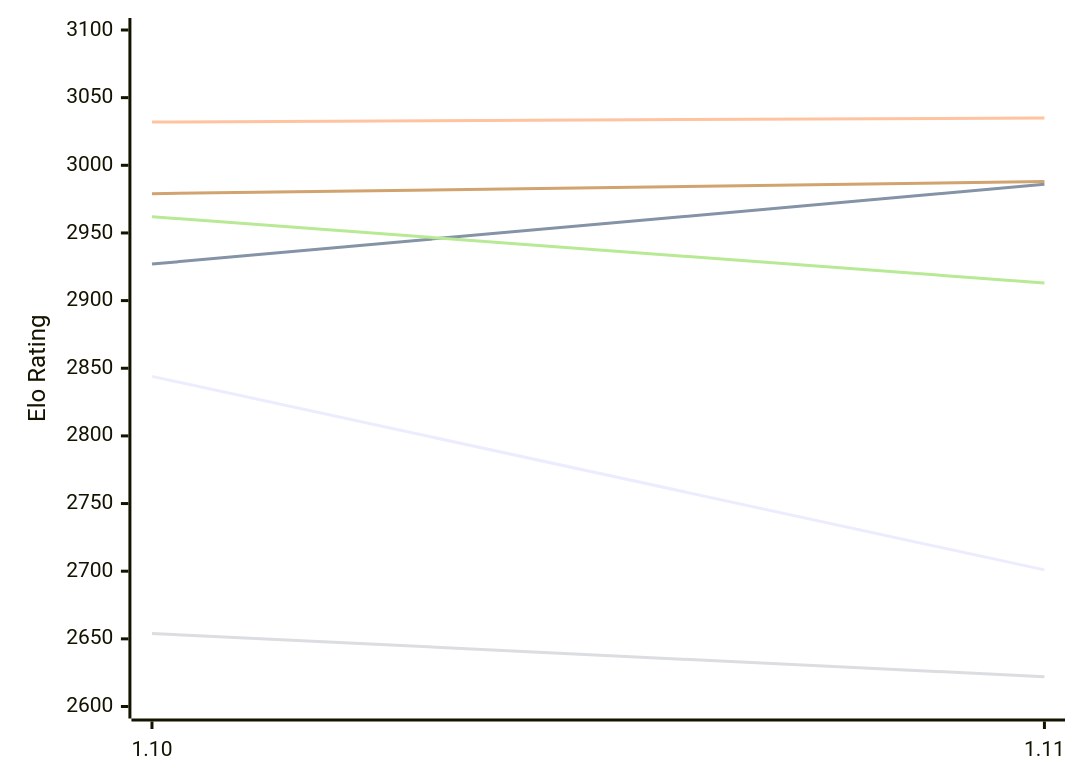
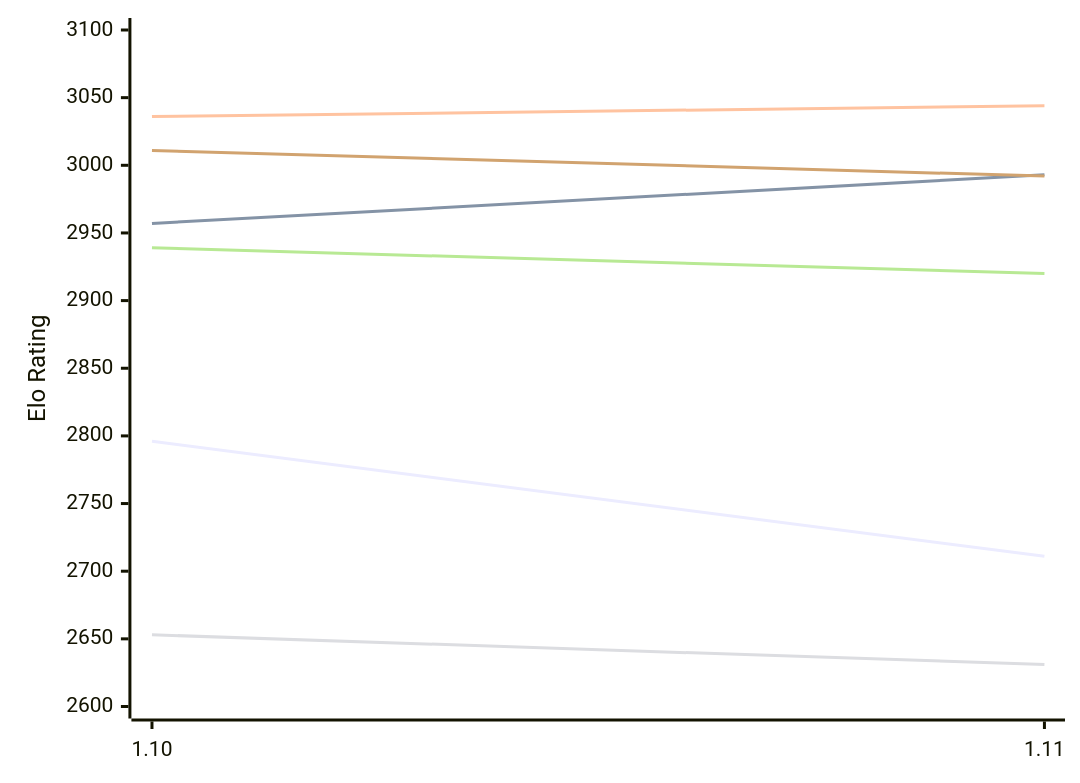
The first of 2 diagrams in engines/Roc.md (computer-chess-index/cci), drawn with Mermaid before and after one commit. The commit also changed other lines of this file, not shown here.

Commit message:
Update CCI Ratings (ELO VLTC) - 2026-11-16

````diff
--- a/engines/Roc.md
+++ b/engines/Roc.md
@@ -50,12 +50,12 @@
 ```mermaid
 %%{init: {"theme":"base","themeVariables":{"seriesColors:['#a3a3a3','#222221','#faa371']}}}%%
 xychart-beta
   x-axis ["1.10", "1.11"]
   y-axis "Elo Rating" 2600 --> 3100
-  line "E1: STC (8.0+0.08s)" [2844, 2701]
-  line "E1: LTC (60.0+0.60s)" [2927, 2986]
-  line "E1: VLTC (2m24s+1.12s)" [3032, 3035]
-  line "P1: STC (8.0+0.08s)" [2654, 2622]
-  line "P1: LTC (60.0+0.60s)" [2962, 2913]
-  line "P1: VLTC (2m24s+1.12s)" [2979, 2988]
+  line "E1: STC (8.0+0.08s)" [2796, 2711]
+  line "E1: LTC (60.0+0.60s)" [2957, 2993]
+  line "E1: VLTC (2m24s+1.12s)" [3036, 3044]
+  line "P1: STC (8.0+0.08s)" [2653, 2631]
+  line "P1: LTC (60.0+0.60s)" [2939, 2920]
+  line "P1: VLTC (2m24s+1.12s)" [3011, 2992]
 ```
````
